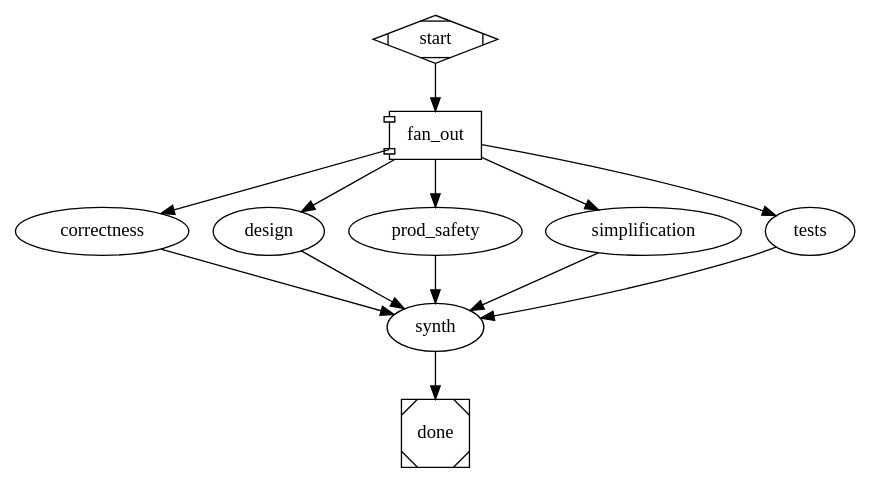
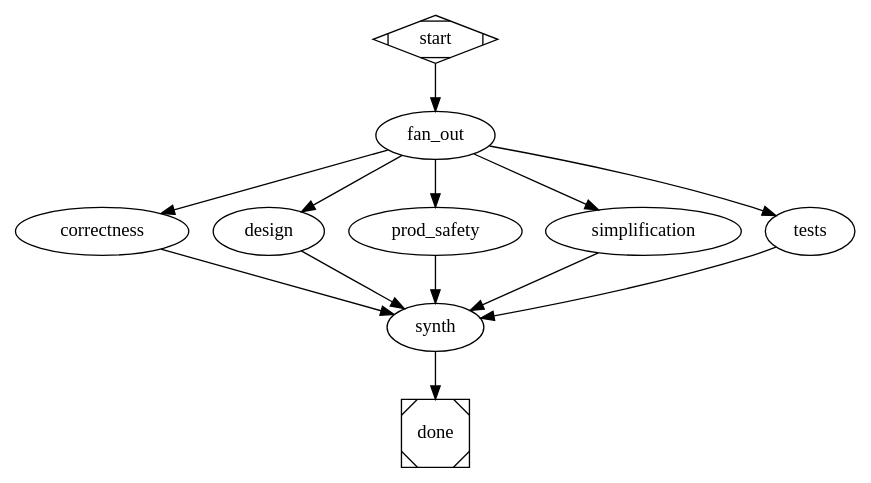
Before and after one commit to allouis/attractor: the diagram in pipelines/review-core/pipeline.dot, drawn with Graphviz. The commit also changed 3 other files, not shown here.

```diff
--- a/pipelines/review-core/pipeline.dot
+++ b/pipelines/review-core/pipeline.dot
@@ -1,68 +1,68 @@
 // review-core — the shared multi-lens review sub-pipeline
 // (review-pipeline-spec RV2).
 //
 // Five adversarial reviewers run in parallel, each from a different lens,
 // then `synth` merges their findings into one review plus a PASS/FAIL
 // verdict. Reused by the other pipelines via subgraph inlining,
 // seeding `diff_cmd` through var.diff_cmd.
 //
 // The one input is `diff_cmd`: the command that shows the change under
 // review. Each lens runs it to see the diff; different callers pass
 // different diffs. Standalone:
 //
 //   attractor run review-core -var diff_cmd="jj diff"
 //
 // Findings ride context, not files: each lens sets output_key=review.<lens>
 // so its full response is captured into its outcome's context_updates, which
 // `parallel` bundles into parallel.results. `synth` interpolates
 // $context.parallel.results, so nothing is written into the repo cwd and the
 // diff under review stays clean.
 digraph review_core {
     // D1: transient backend failures (429/5xx, stalls, network) retry
     // with backoff instead of killing the run.
     default_max_retries = 2
     goal = "Multi-lens review of the change shown by $context.diff_cmd"
     vars = "diff_cmd"
     max_node_visits = 2
 
     start [shape=Mdiamond]
 
     // Fan out to every lens concurrently. The branches converge on `synth`
     // (their only common downstream), so the parallel handler routes there
     // directly — no fan_in, which would only pick a single winner.
-    fan_out [shape=component]
+    fan_out [type="parallel"]
 
     // Models come entirely from the stylesheet (no inline pins). The `.review`
     // class covers all five lenses + synth; `correctness` also carries a
     // `correctness` class so the sheet can put it on a different model family
     // (e.g. a codex/GPT provider) for adversarial diversity — see
     // pipelines/models.css.
-    correctness    [class="review, lens, correctness", output_key="review.correctness", timeout="30m", prompt="Run `$context.diff_cmd` to see the change under review. This code is broken. Find the bugs — edge cases, error paths, races. Review adversarially and list every concrete defect you can find."]
-    design         [class="review, lens", output_key="review.design", timeout="30m", prompt="Run `$context.diff_cmd` to see the change under review. Review from a clean-code perspective; focus on the coupling and cohesion of the modules. Call out every design smell."]
-    prod_safety    [class="review, lens", output_key="review.prod_safety", timeout="30m", prompt="Run `$context.diff_cmd` to see the change under review. Why should we *not* merge this to production? How does it break? Review adversarially and list every blocking risk."]
-    simplification [class="review, lens", output_key="review.simplification", timeout="30m", prompt="Run `$context.diff_cmd` to see the change under review. How can we simplify this and make it less complected? List every concrete simplification."]
-    tests          [class="review, lens", output_key="review.tests", timeout="30m", prompt="Run `$context.diff_cmd` to see the change under review. Do the tests still pass if we refactor the implementation? Are they coupled to implementation detail? List every test that is over-coupled or missing."]
+    correctness    [type="codergen", class="review, lens, correctness", output_key="review.correctness", timeout="30m", prompt="Run `$context.diff_cmd` to see the change under review. This code is broken. Find the bugs — edge cases, error paths, races. Review adversarially and list every concrete defect you can find."]
+    design         [type="codergen", class="review, lens", output_key="review.design", timeout="30m", prompt="Run `$context.diff_cmd` to see the change under review. Review from a clean-code perspective; focus on the coupling and cohesion of the modules. Call out every design smell."]
+    prod_safety    [type="codergen", class="review, lens", output_key="review.prod_safety", timeout="30m", prompt="Run `$context.diff_cmd` to see the change under review. Why should we *not* merge this to production? How does it break? Review adversarially and list every blocking risk."]
+    simplification [type="codergen", class="review, lens", output_key="review.simplification", timeout="30m", prompt="Run `$context.diff_cmd` to see the change under review. How can we simplify this and make it less complected? List every concrete simplification."]
+    tests          [type="codergen", class="review, lens", output_key="review.tests", timeout="30m", prompt="Run `$context.diff_cmd` to see the change under review. Do the tests still pass if we refactor the implementation? Are they coupled to implementation detail? List every test that is over-coupled or missing."]
 
     // Convergence node: merges the five findings and self-reports the
     // verdict via the status-file contract (spec §4.5). Its outcome IS
     // review-core's terminal outcome, so a parent can branch on it.
-    synth [class="review, synth", require_status="true", timeout="15m", prompt="Five reviewers each reviewed the same change through a different lens. Their findings are in $context.parallel.results (JSON — each branch's context_updates holds one review.<lens> entry). Merge them into a single review, deduping overlapping points. Then self-report the verdict by writing `{stage_dir}/status.json` (that exact path): outcome `success` (lowercase) with context_updates {review.summary, review.verdict=pass} when nothing blocks a merge, otherwise outcome `fail` (lowercase) with the blocking issues in failure_reason and context_updates {review.verdict=fail}."]
+    synth [type="codergen", class="review, synth", require_status="true", timeout="15m", prompt="Five reviewers each reviewed the same change through a different lens. Their findings are in $context.parallel.results (JSON — each branch's context_updates holds one review.<lens> entry). Merge them into a single review, deduping overlapping points. Then self-report the verdict by writing `{stage_dir}/status.json` (that exact path): outcome `success` (lowercase) with context_updates {review.summary, review.verdict=pass} when nothing blocks a merge, otherwise outcome `fail` (lowercase) with the blocking issues in failure_reason and context_updates {review.verdict=fail}."]
 
     done [shape=Msquare]
 
     start -> fan_out
 
     fan_out -> correctness
     fan_out -> design
     fan_out -> prod_safety
     fan_out -> simplification
     fan_out -> tests
 
     correctness    -> synth
     design         -> synth
     prod_safety    -> synth
     simplification -> synth
     tests          -> synth
 
     synth -> done
 }
```
